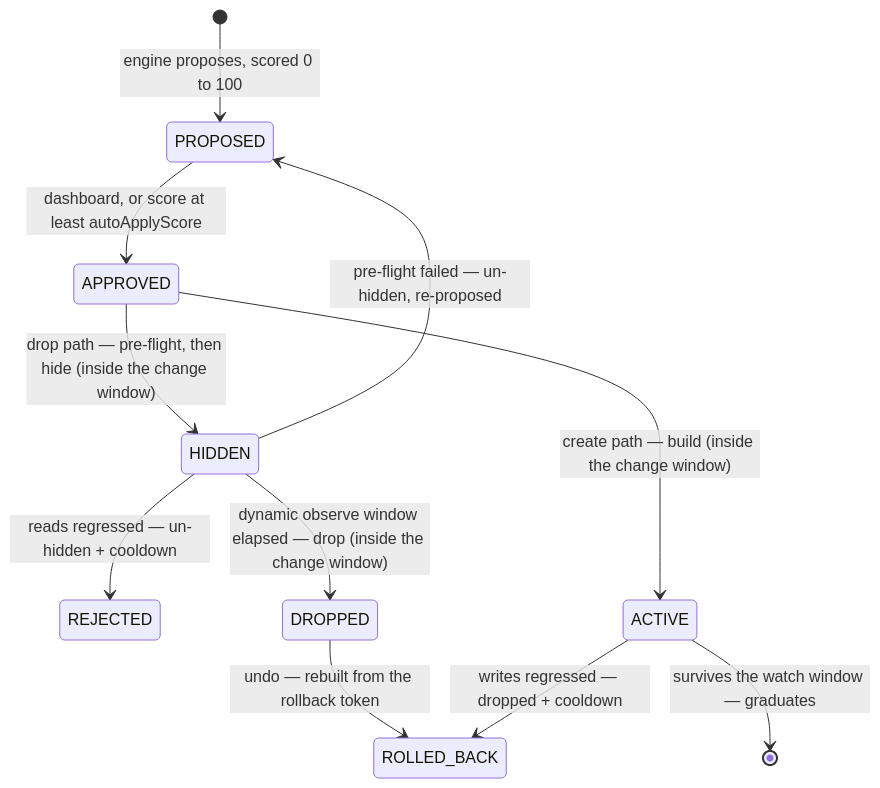
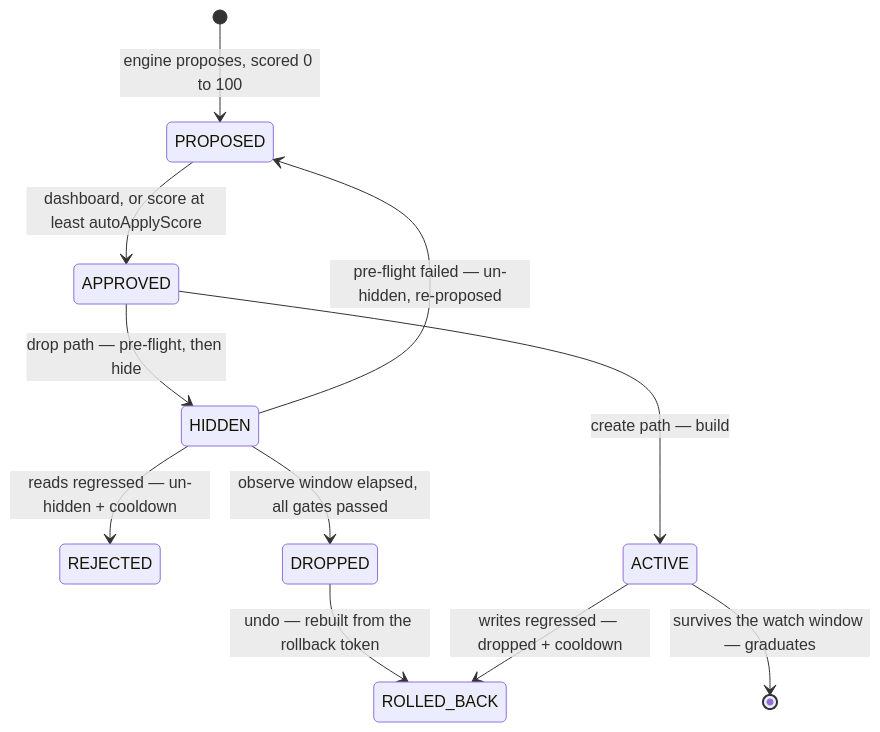
One commit to FullmetalBober/Indexterity changed the diagram in README.md. Above: the diagram before and after it, drawn with Mermaid. The commit also changed other lines of this file, not shown here.

````diff
--- a/README.md
+++ b/README.md
@@ -190,13 +55,13 @@
 ```mermaid
 stateDiagram-v2
     [*] --> PROPOSED: engine proposes, scored 0 to 100
     PROPOSED --> APPROVED: dashboard, or score at least autoApplyScore
-    APPROVED --> HIDDEN: drop path — pre-flight, then hide (inside the change window)
+    APPROVED --> HIDDEN: drop path — pre-flight, then hide
     HIDDEN --> REJECTED: reads regressed — un-hidden + cooldown
     HIDDEN --> PROPOSED: pre-flight failed — un-hidden, re-proposed
-    HIDDEN --> DROPPED: dynamic observe window elapsed — drop (inside the change window)
+    HIDDEN --> DROPPED: observe window elapsed, all gates passed
     DROPPED --> ROLLED_BACK: undo — rebuilt from the rollback token
-    APPROVED --> ACTIVE: create path — build (inside the change window)
+    APPROVED --> ACTIVE: create path — build
     ACTIVE --> ROLLED_BACK: writes regressed — dropped + cooldown
     ACTIVE --> [*]: survives the watch window — graduates
 ```
````
